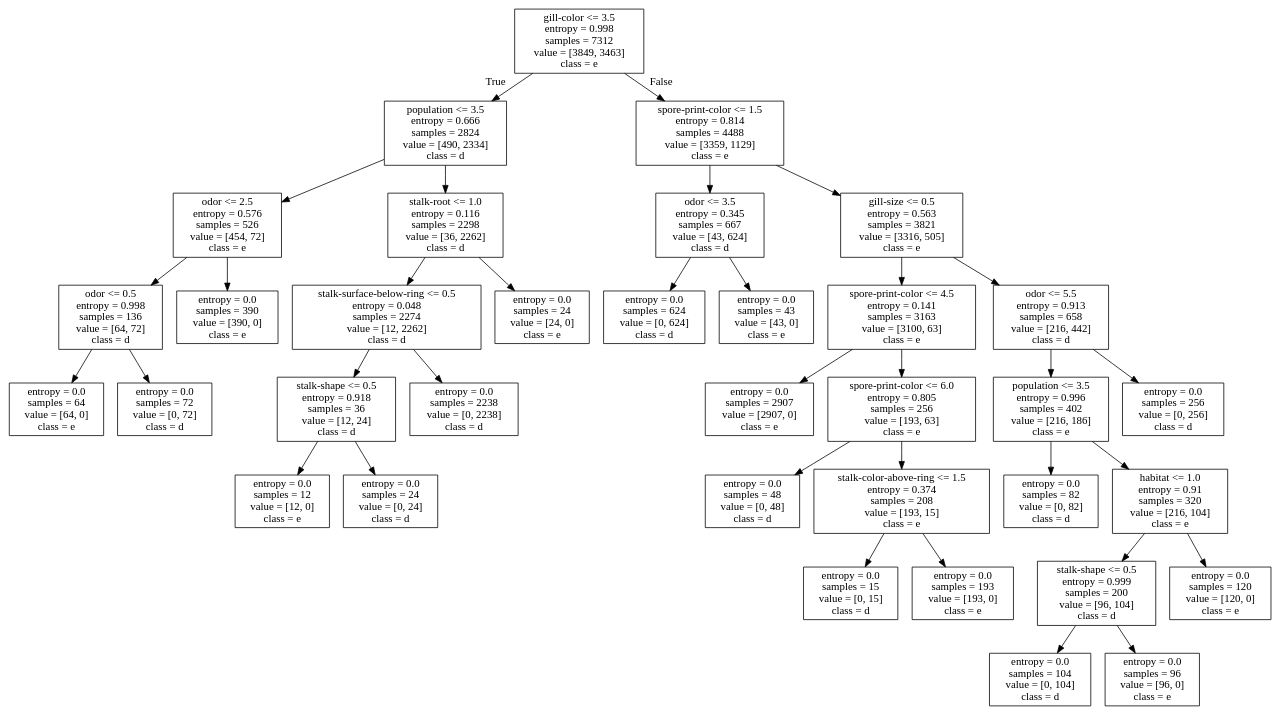
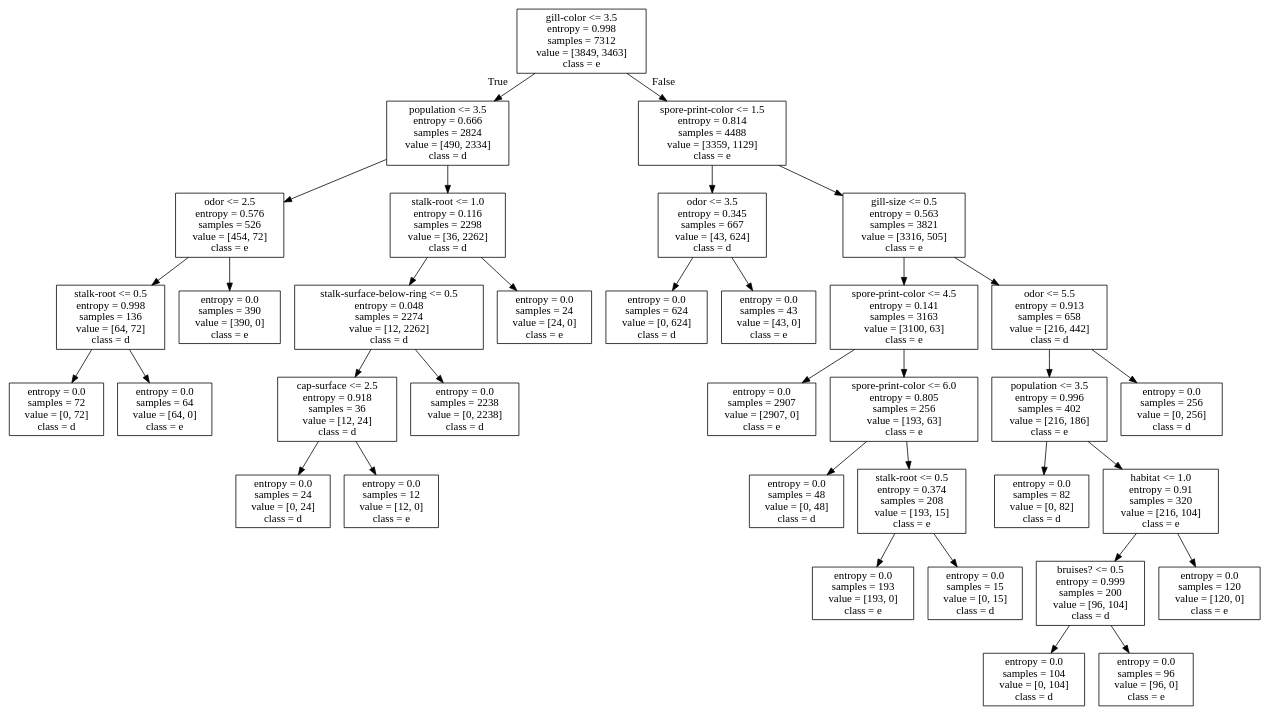
The diagram in notebooks/ID3.gv (AlirezaParchami/Rule-Extraction-Using-ID3-and-CART-and-KNN-Text-Classification), drawn with Graphviz before and after one commit. The commit also changed 8 other files, not shown here.

```diff
--- a/notebooks/ID3.gv
+++ b/notebooks/ID3.gv
@@ -1,72 +1,72 @@
 digraph Tree {
 node [shape=box] ;
 0 [label="gill-color <= 3.5\nentropy = 0.998\nsamples = 7312\nvalue = [3849, 3463]\nclass = e"] ;
 1 [label="population <= 3.5\nentropy = 0.666\nsamples = 2824\nvalue = [490, 2334]\nclass = d"] ;
 0 -> 1 [labeldistance=2.5, labelangle=45, headlabel="True"] ;
 2 [label="odor <= 2.5\nentropy = 0.576\nsamples = 526\nvalue = [454, 72]\nclass = e"] ;
 1 -> 2 ;
-3 [label="odor <= 0.5\nentropy = 0.998\nsamples = 136\nvalue = [64, 72]\nclass = d"] ;
+3 [label="stalk-root <= 0.5\nentropy = 0.998\nsamples = 136\nvalue = [64, 72]\nclass = d"] ;
 2 -> 3 ;
-4 [label="entropy = 0.0\nsamples = 64\nvalue = [64, 0]\nclass = e"] ;
+4 [label="entropy = 0.0\nsamples = 72\nvalue = [0, 72]\nclass = d"] ;
 3 -> 4 ;
-5 [label="entropy = 0.0\nsamples = 72\nvalue = [0, 72]\nclass = d"] ;
+5 [label="entropy = 0.0\nsamples = 64\nvalue = [64, 0]\nclass = e"] ;
 3 -> 5 ;
 6 [label="entropy = 0.0\nsamples = 390\nvalue = [390, 0]\nclass = e"] ;
 2 -> 6 ;
 7 [label="stalk-root <= 1.0\nentropy = 0.116\nsamples = 2298\nvalue = [36, 2262]\nclass = d"] ;
 1 -> 7 ;
 8 [label="stalk-surface-below-ring <= 0.5\nentropy = 0.048\nsamples = 2274\nvalue = [12, 2262]\nclass = d"] ;
 7 -> 8 ;
-9 [label="stalk-shape <= 0.5\nentropy = 0.918\nsamples = 36\nvalue = [12, 24]\nclass = d"] ;
+9 [label="cap-surface <= 2.5\nentropy = 0.918\nsamples = 36\nvalue = [12, 24]\nclass = d"] ;
 8 -> 9 ;
-10 [label="entropy = 0.0\nsamples = 12\nvalue = [12, 0]\nclass = e"] ;
+10 [label="entropy = 0.0\nsamples = 24\nvalue = [0, 24]\nclass = d"] ;
 9 -> 10 ;
-11 [label="entropy = 0.0\nsamples = 24\nvalue = [0, 24]\nclass = d"] ;
+11 [label="entropy = 0.0\nsamples = 12\nvalue = [12, 0]\nclass = e"] ;
 9 -> 11 ;
 12 [label="entropy = 0.0\nsamples = 2238\nvalue = [0, 2238]\nclass = d"] ;
 8 -> 12 ;
 13 [label="entropy = 0.0\nsamples = 24\nvalue = [24, 0]\nclass = e"] ;
 7 -> 13 ;
 14 [label="spore-print-color <= 1.5\nentropy = 0.814\nsamples = 4488\nvalue = [3359, 1129]\nclass = e"] ;
 0 -> 14 [labeldistance=2.5, labelangle=-45, headlabel="False"] ;
 15 [label="odor <= 3.5\nentropy = 0.345\nsamples = 667\nvalue = [43, 624]\nclass = d"] ;
 14 -> 15 ;
 16 [label="entropy = 0.0\nsamples = 624\nvalue = [0, 624]\nclass = d"] ;
 15 -> 16 ;
 17 [label="entropy = 0.0\nsamples = 43\nvalue = [43, 0]\nclass = e"] ;
 15 -> 17 ;
 18 [label="gill-size <= 0.5\nentropy = 0.563\nsamples = 3821\nvalue = [3316, 505]\nclass = e"] ;
 14 -> 18 ;
 19 [label="spore-print-color <= 4.5\nentropy = 0.141\nsamples = 3163\nvalue = [3100, 63]\nclass = e"] ;
 18 -> 19 ;
 20 [label="entropy = 0.0\nsamples = 2907\nvalue = [2907, 0]\nclass = e"] ;
 19 -> 20 ;
 21 [label="spore-print-color <= 6.0\nentropy = 0.805\nsamples = 256\nvalue = [193, 63]\nclass = e"] ;
 19 -> 21 ;
 22 [label="entropy = 0.0\nsamples = 48\nvalue = [0, 48]\nclass = d"] ;
 21 -> 22 ;
-23 [label="stalk-color-above-ring <= 1.5\nentropy = 0.374\nsamples = 208\nvalue = [193, 15]\nclass = e"] ;
+23 [label="stalk-root <= 0.5\nentropy = 0.374\nsamples = 208\nvalue = [193, 15]\nclass = e"] ;
 21 -> 23 ;
-24 [label="entropy = 0.0\nsamples = 15\nvalue = [0, 15]\nclass = d"] ;
+24 [label="entropy = 0.0\nsamples = 193\nvalue = [193, 0]\nclass = e"] ;
 23 -> 24 ;
-25 [label="entropy = 0.0\nsamples = 193\nvalue = [193, 0]\nclass = e"] ;
+25 [label="entropy = 0.0\nsamples = 15\nvalue = [0, 15]\nclass = d"] ;
 23 -> 25 ;
 26 [label="odor <= 5.5\nentropy = 0.913\nsamples = 658\nvalue = [216, 442]\nclass = d"] ;
 18 -> 26 ;
 27 [label="population <= 3.5\nentropy = 0.996\nsamples = 402\nvalue = [216, 186]\nclass = e"] ;
 26 -> 27 ;
 28 [label="entropy = 0.0\nsamples = 82\nvalue = [0, 82]\nclass = d"] ;
 27 -> 28 ;
 29 [label="habitat <= 1.0\nentropy = 0.91\nsamples = 320\nvalue = [216, 104]\nclass = e"] ;
 27 -> 29 ;
-30 [label="stalk-shape <= 0.5\nentropy = 0.999\nsamples = 200\nvalue = [96, 104]\nclass = d"] ;
+30 [label="bruises? <= 0.5\nentropy = 0.999\nsamples = 200\nvalue = [96, 104]\nclass = d"] ;
 29 -> 30 ;
 31 [label="entropy = 0.0\nsamples = 104\nvalue = [0, 104]\nclass = d"] ;
 30 -> 31 ;
 32 [label="entropy = 0.0\nsamples = 96\nvalue = [96, 0]\nclass = e"] ;
 30 -> 32 ;
 33 [label="entropy = 0.0\nsamples = 120\nvalue = [120, 0]\nclass = e"] ;
 29 -> 33 ;
 34 [label="entropy = 0.0\nsamples = 256\nvalue = [0, 256]\nclass = d"] ;
 26 -> 34 ;
 }
```
